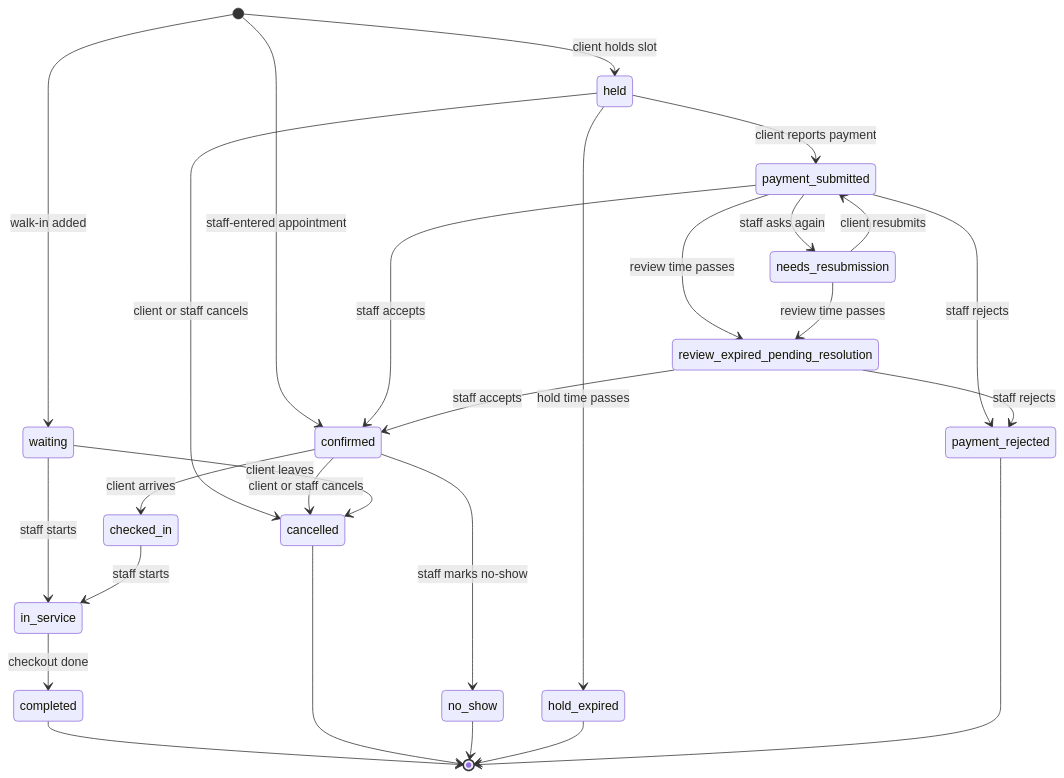
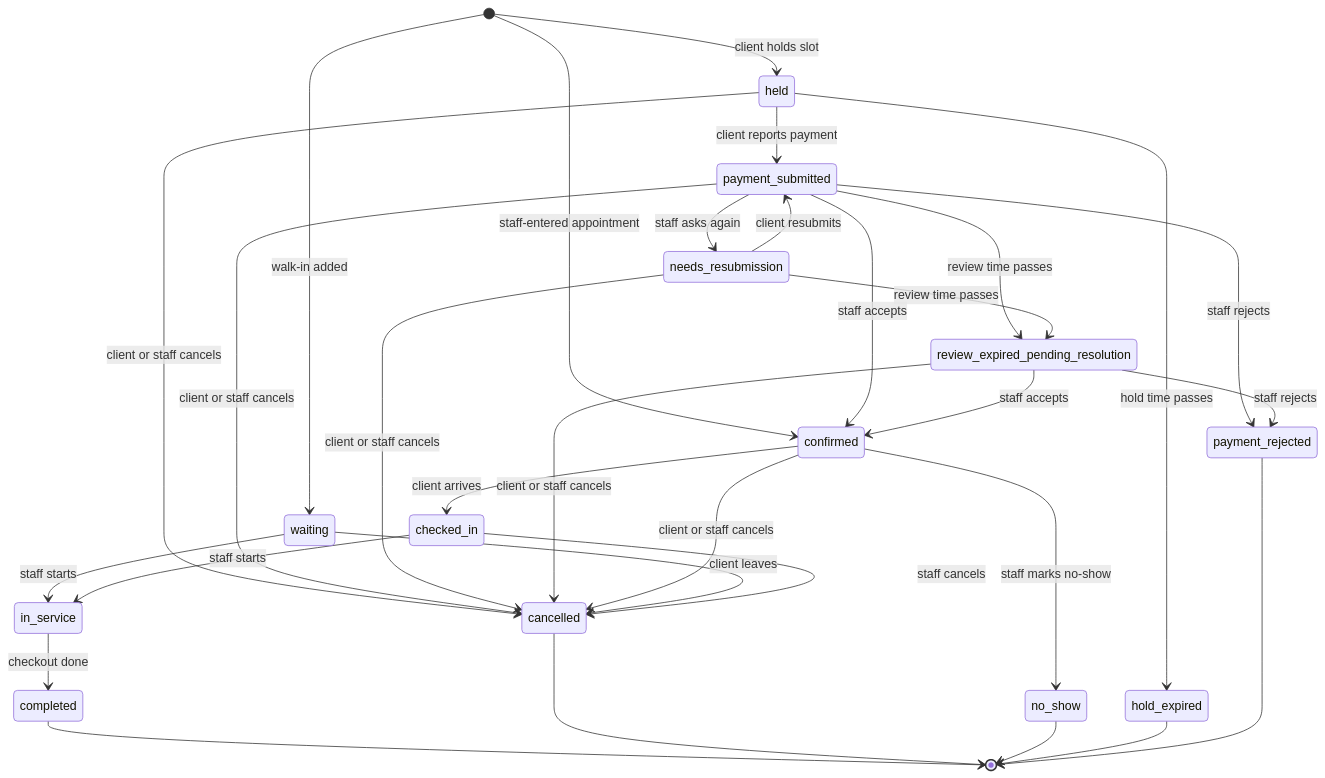
Before and after one commit to carlcris/groombox: the diagram in docs/app-flow.md, drawn with Mermaid. The commit also changed other lines of this file and 6 other files, not shown here.

````diff
--- a/docs/app-flow.md
+++ b/docs/app-flow.md
@@ -102,35 +104,39 @@
 ```mermaid
 stateDiagram-v2
     [*] --> held: client holds slot
     [*] --> confirmed: staff-entered appointment
     [*] --> waiting: walk-in added
 
     held --> payment_submitted: client reports payment
     held --> hold_expired: hold time passes
     held --> cancelled: client or staff cancels
 
     payment_submitted --> confirmed: staff accepts
     payment_submitted --> needs_resubmission: staff asks again
     payment_submitted --> payment_rejected: staff rejects
     payment_submitted --> review_expired_pending_resolution: review time passes
+    payment_submitted --> cancelled: client or staff cancels
 
     needs_resubmission --> payment_submitted: client resubmits
     needs_resubmission --> review_expired_pending_resolution: review time passes
+    needs_resubmission --> cancelled: client or staff cancels
 
     review_expired_pending_resolution --> confirmed: staff accepts
     review_expired_pending_resolution --> payment_rejected: staff rejects
+    review_expired_pending_resolution --> cancelled: client or staff cancels
 
     confirmed --> checked_in: client arrives
     confirmed --> cancelled: client or staff cancels
     confirmed --> no_show: staff marks no-show
     waiting --> in_service: staff starts
     waiting --> cancelled: client leaves
     checked_in --> in_service: staff starts
+    checked_in --> cancelled: staff cancels
     in_service --> completed: checkout done
 
     completed --> [*]
     cancelled --> [*]
     no_show --> [*]
     hold_expired --> [*]
     payment_rejected --> [*]
 ```
````
